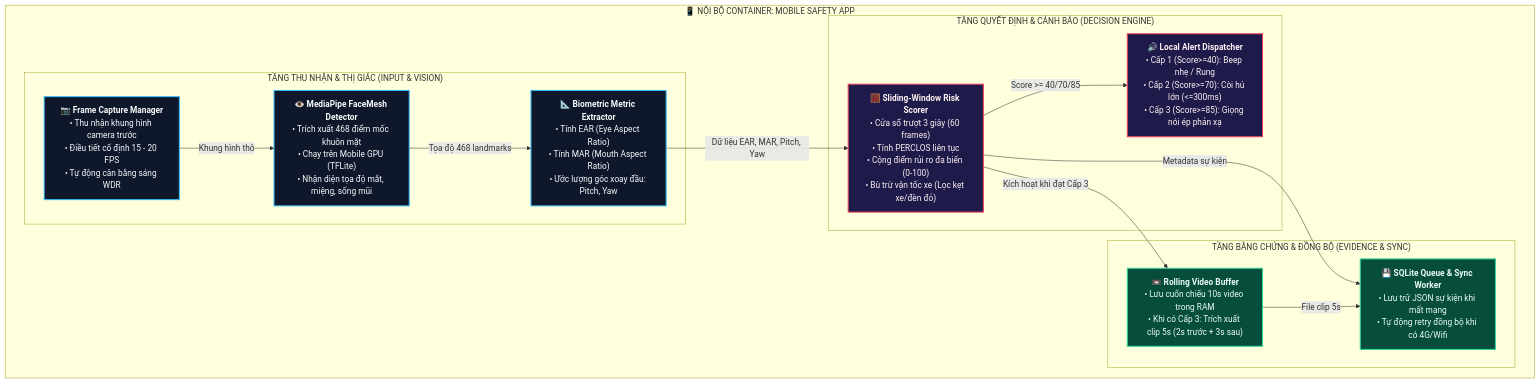
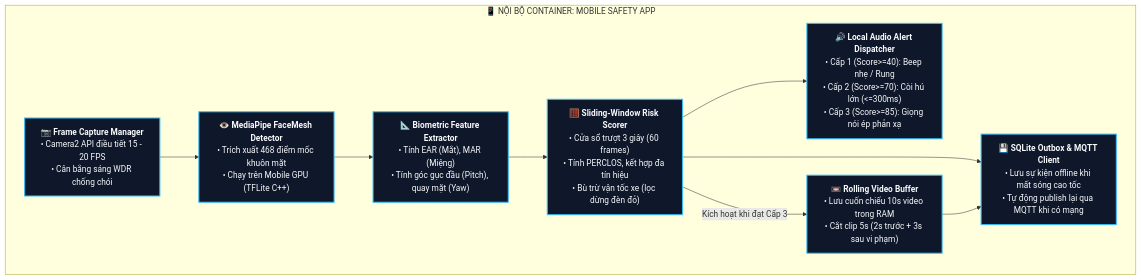
One commit to vietdezet2004/viewMD changed the third of 4 diagrams in README.md. Above: the diagram before and after it, drawn with Mermaid. The commit also changed other lines of this file, not shown here.

````diff
--- a/README.md
+++ b/README.md
@@ -175,39 +171,23 @@
 ```mermaid
 flowchart TB
-    subgraph MOBILE_EDGE ["📱 NỘI BỘ CONTAINER: MOBILE SAFETY APP"]
-        subgraph SENSING_PIPELINE ["TẦNG THU NHẬN & THỊ GIÁC (INPUT & VISION)"]
-            CameraModule["📷 <b>Frame Capture Manager</b><br>• Thu nhận khung hình camera trước<br>• Điều tiết cố định 15 - 20 FPS<br>• Tự động cân bằng sáng WDR"]
-            FaceMeshAI["👁️ <b>MediaPipe FaceMesh Detector</b><br>• Trích xuất 468 điểm mốc khuôn mặt<br>• Chạy trên Mobile GPU (TFLite)<br>• Nhận diện tọa độ mắt, miệng, sống mũi"]
-            FeatureExtractor["📐 <b>Biometric Metric Extractor</b><br>• Tính EAR (Eye Aspect Ratio)<br>• Tính MAR (Mouth Aspect Ratio)<br>• Ước lượng góc xoay đầu: Pitch, Yaw"]
-        end
-
-        subgraph DECISION_PIPELINE ["TẦNG QUYẾT ĐỊNH & CẢNH BÁO (DECISION ENGINE)"]
-            RiskScorer["🧮 <b>Sliding-Window Risk Scorer</b><br>• Cửa sổ trượt 3 giây (60 frames)<br>• Tính PERCLOS liên tục<br>• Cộng điểm rủi ro đa biến (0-100)<br>• Bù trừ vận tốc xe (Lọc kẹt xe/đèn đỏ)"]
-            AlertManager["🔊 <b>Local Alert Dispatcher</b><br>• Cấp 1 (Score>=40): Beep nhẹ / Rung<br>• Cấp 2 (Score>=70): Còi hú lớn (<=300ms)<br>• Cấp 3 (Score>=85): Giọng nói ép phản xạ"]
-        end
-
-        subgraph BUFFER_STORAGE ["TẦNG BẰNG CHỨNG & ĐỒNG BỘ (EVIDENCE & SYNC)"]
-            CircularBuffer["📼 <b>Rolling Video Buffer</b><br>• Lưu cuốn chiếu 10s video trong RAM<br>• Khi có Cấp 3: Trích xuất clip 5s (2s trước + 3s sau)"]
-            OfflineSync["💾 <b>SQLite Queue & Sync Worker</b><br>• Lưu trữ JSON sự kiện khi mất mạng<br>• Tự động retry đồng bộ khi có 4G/Wifi"]
-        end
+    subgraph MOBILE_APP_COMPONENTS ["📱 NỘI BỘ CONTAINER: MOBILE SAFETY APP"]
+        FrameCapturer["📷 <b>Frame Capture Manager</b><br>• Camera2 API điều tiết 15 - 20 FPS<br>• Cân bằng sáng WDR chống chói"]
+        FaceDetector["👁️ <b>MediaPipe FaceMesh Detector</b><br>• Trích xuất 468 điểm mốc khuôn mặt<br>• Chạy trên Mobile GPU (TFLite C++)"]
+        BiometricExtractor["📐 <b>Biometric Feature Extractor</b><br>• Tính EAR (Mắt), MAR (Miệng)<br>• Tính góc gục đầu (Pitch), quay mặt (Yaw)"]
+        RiskEngine["🧮 <b>Sliding-Window Risk Scorer</b><br>• Cửa sổ trượt 3 giây (60 frames)<br>• Tính PERCLOS, kết hợp đa tín hiệu<br>• Bù trừ vận tốc xe (lọc dừng đèn đỏ)"]
+        AlertDispatcher["🔊 <b>Local Audio Alert Dispatcher</b><br>• Cấp 1 (Score>=40): Beep nhẹ / Rung<br>• Cấp 2 (Score>=70): Còi hú lớn (<=300ms)<br>• Cấp 3 (Score>=85): Giọng nói ép phản xạ"]
+        VideoBuffer["📼 <b>Rolling Video Buffer</b><br>• Lưu cuốn chiếu 10s video trong RAM<br>• Cắt clip 5s (2s trước + 3s sau vi phạm)"]
+        DurableOutbox["💾 <b>SQLite Outbox & MQTT Client</b><br>• Lưu sự kiện offline khi mất sóng cao tốc<br>• Tự động publish lại qua MQTT khi có mạng"]
     end
 
-    %% PIPELINE LINKS
-    CameraModule -->|"Khung hình thô"| FaceMeshAI
-    FaceMeshAI -->|"Tọa độ 468 landmarks"| FeatureExtractor
-    FeatureExtractor -->|"Dữ liệu EAR, MAR, Pitch, Yaw"| RiskScorer
+    FrameCapturer --> FaceDetector
+    FaceDetector --> BiometricExtractor
+    BiometricExtractor --> RiskEngine
+    RiskEngine --> AlertDispatcher
+    RiskEngine -->|"Kích hoạt khi đạt Cấp 3"| VideoBuffer
+    RiskEngine --> DurableOutbox
+    VideoBuffer --> DurableOutbox
 
-    RiskScorer -->|"Score >= 40/70/85"| AlertManager
-    RiskScorer -->|"Kích hoạt khi đạt Cấp 3"| CircularBuffer
-    RiskScorer -->|"Metadata sự kiện"| OfflineSync
-    CircularBuffer -->|"File clip 5s"| OfflineSync
-
-    %% STYLING
-    classDef sensStyle fill:#0f172a,stroke:#38bdf8,stroke-width:2px,color:#f8fafc;
-    classDef decStyle fill:#1e1b4b,stroke:#f43f5e,stroke-width:2px,color:#fff1f2;
-    classDef bufStyle fill:#064e3b,stroke:#34d399,stroke-width:2px,color:#ecfdf5;
-
-    class CameraModule,FaceMeshAI,FeatureExtractor sensStyle;
-    class RiskScorer,AlertManager decStyle;
-    class CircularBuffer,OfflineSync bufStyle;
+    classDef c3Style fill:#0f172a,stroke:#38bdf8,stroke-width:2px,color:#f8fafc;
+    class FrameCapturer,FaceDetector,BiometricExtractor,RiskEngine,AlertDispatcher,VideoBuffer,DurableOutbox c3Style;
 ```
````
